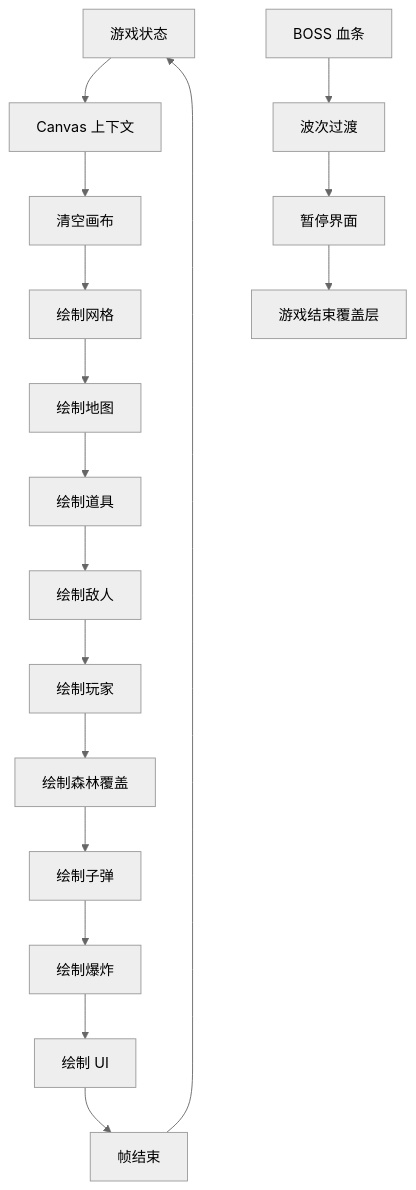
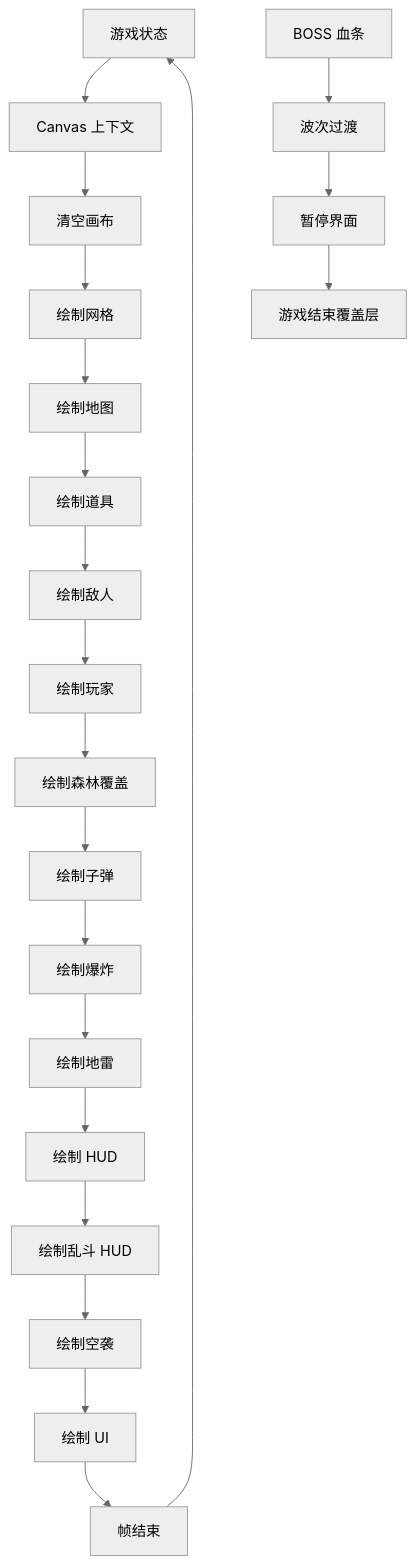
One commit to mrancc/reimagined-journey changed the sixth of 9 diagrams in .qoder/repowiki/zh/content/组件系统.md. Above: the diagram before and after it, drawn with Mermaid (neutral theme). The commit also changed other lines of this file and 8 other files, not shown here.

````diff
--- a/.qoder/repowiki/zh/content/组件系统.md
+++ b/.qoder/repowiki/zh/content/组件系统.md
@@ -380,19 +428,23 @@
 ```mermaid
 flowchart TD
 A[游戏状态] --> B[Canvas 上下文]
 B --> C[清空画布]
 C --> D[绘制网格]
 D --> E[绘制地图]
 E --> F[绘制道具]
 F --> G[绘制敌人]
 G --> H[绘制玩家]
 H --> I[绘制森林覆盖]
 I --> J[绘制子弹]
 J --> K[绘制爆炸]
-K --> L[绘制 UI]
-L --> M[帧结束]
-M --> A
-N[BOSS 血条] --> O[波次过渡]
-O --> P[暂停界面]
-P --> Q[游戏结束覆盖层]
+K --> L[绘制地雷]
+L --> M[绘制 HUD]
+M --> N[绘制乱斗 HUD]
+N --> O[绘制空袭]
+O --> P[绘制 UI]
+P --> Q[帧结束]
+Q --> A
+R[BOSS 血条] --> S[波次过渡]
+S --> T[暂停界面]
+T --> U[游戏结束覆盖层]
 ```
````
